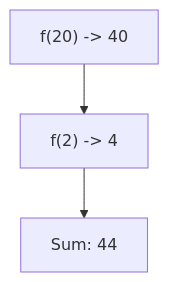
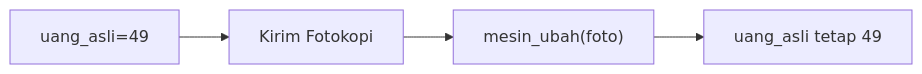
Before and after one commit to amnahwaida/OSNK_INF_PREP: the seventh of 25 diagrams in part-c-pemahaman-cpp/04-fungsi/latihan/set-09.md, drawn with Mermaid. The commit also changed other lines of this file and 71 other files, not shown here.

````diff
--- a/part-c-pemahaman-cpp/04-fungsi/latihan/set-09.md
+++ b/part-c-pemahaman-cpp/04-fungsi/latihan/set-09.md
@@ -181,5 +189,6 @@
 ```mermaid
-graph TD
-A["f(20) -> 40"] --> B["f(2) -> 4"]
-B --> C["Sum: 44"]
+graph LR
+A["uang_asli=49"] --> B["Kirim Fotokopi"]
+B --> C["mesin_ubah(foto)"]
+C --> D["uang_asli tetap 49"]
 ```
````
